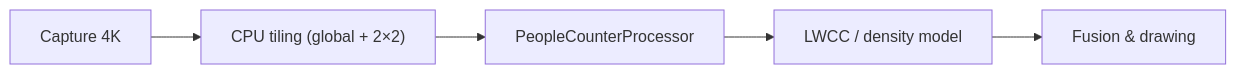
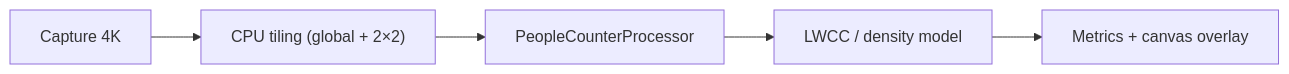
One commit to Nutz95/PeopleCounter changed the fourth of 4 diagrams in README_ARCHITECTURE.md. Above: the diagram before and after it, drawn with Mermaid. The commit also changed other lines of this file and 7 other files, not shown here.

````diff
--- a/README_ARCHITECTURE.md
+++ b/README_ARCHITECTURE.md
@@ -77,10 +78,10 @@
 ```mermaid
 flowchart LR
    sensor["Capture 4K"]
    tile["CPU tiling (global + 2×2)"]
    processor["PeopleCounterProcessor"]
    lwcc["LWCC / density model"]
-   integration["Fusion & drawing"]
+   integration["Metrics + canvas overlay"]
 
    sensor --> tile --> processor --> lwcc --> integration
 ```
````
